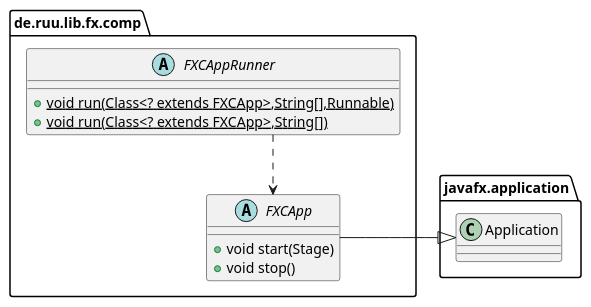
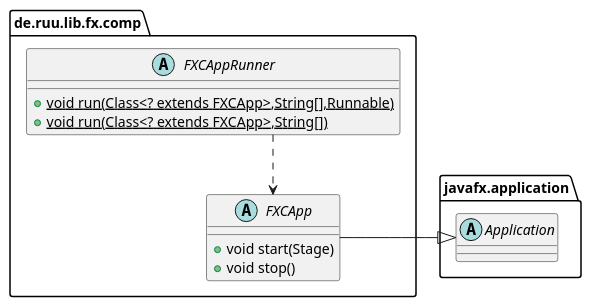
The diagram in fx/comp/doc/fx-comp-runtime-environment.puml (r-uu/r-uu.lib), drawn with PlantUML before and after one commit. The commit also changed 5 other files, not shown here.

```diff
--- a/fx/comp/doc/fx-comp-runtime-environment.puml
+++ b/fx/comp/doc/fx-comp-runtime-environment.puml
@@ -1,30 +1,30 @@
 @startuml FX Comp Architecture
 ''''''''''
 ' settings
 ''''''''''
 '  left to right direction
 '  top to bottom direction
   skinparam linetype ortho
   ' avoids nesting of packages
   set separator none
   package de.ruu.lib.fx.comp
   {
 	abstract class FXCApp
 	{
 		+ void start(Stage)
 		+ void stop()
 	}
 
 	abstract class FXCAppRunner
 	{
 		+ {static} void run(Class<? extends FXCApp>,String[],Runnable)
 		+ {static} void run(Class<? extends FXCApp>,String[])
 	}
   }
   package javafx.application
   {
-  	class Application
+  	abstract class Application
   }
   FXCApp       -|> Application
   FXCAppRunner ..> FXCApp
 @enduml
```
